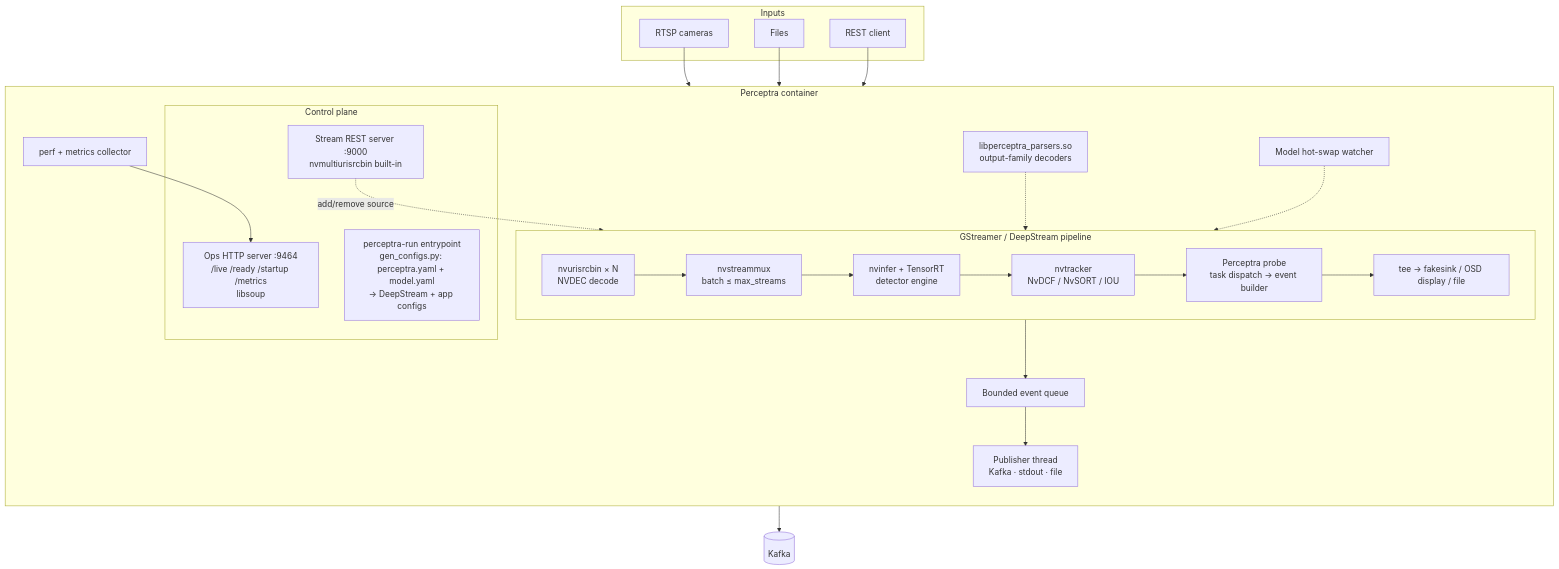
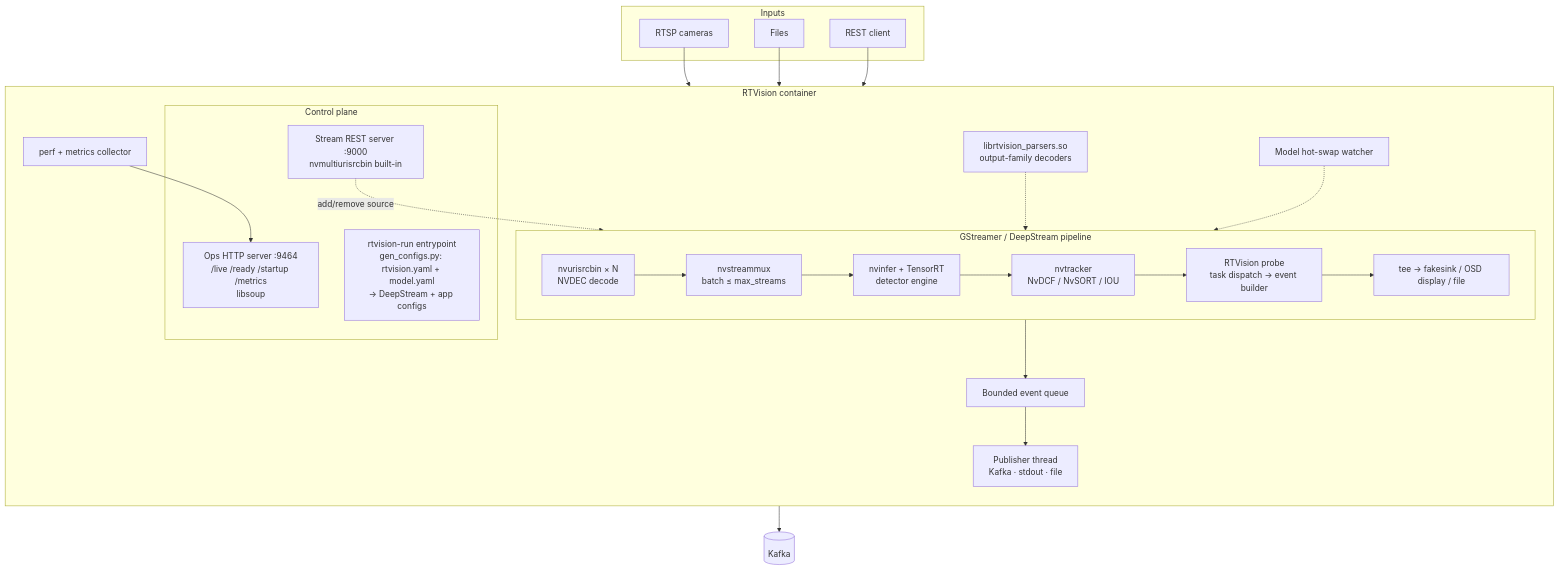
One commit to abhinand4as/rtvision changed the second of 4 diagrams in ARCHITECTURE.md. Above: the diagram before and after it, drawn with Mermaid. The commit also changed other lines of this file and 128 other files, not shown here.

First line of the commit message:
refactor!: rename the project from Perceptra to RTVision

````diff
--- a/ARCHITECTURE.md
+++ b/ARCHITECTURE.md
@@ -53,36 +53,36 @@
 ```mermaid
 flowchart TB
   subgraph IN[Inputs]
     RTSP[RTSP cameras]
     FILES[Files]
     REST_CLIENT[REST client]
   end
 
-  subgraph PC[Perceptra container]
+  subgraph PC[RTVision container]
     direction TB
     subgraph CTRL[Control plane]
       RESTSRV[Stream REST server :9000<br/>nvmultiurisrcbin built-in]
       OPS[Ops HTTP server :9464<br/>/live /ready /startup /metrics<br/>libsoup]
-      CFG[perceptra-run entrypoint<br/>gen_configs.py: perceptra.yaml + model.yaml<br/>→ DeepStream + app configs]
+      CFG[rtvision-run entrypoint<br/>gen_configs.py: rtvision.yaml + model.yaml<br/>→ DeepStream + app configs]
     end
     subgraph PIPE[GStreamer / DeepStream pipeline]
       direction LR
       SRC[nvurisrcbin × N<br/>NVDEC decode] --> MUX[nvstreammux<br/>batch ≤ max_streams]
       MUX --> PGIE[nvinfer + TensorRT<br/>detector engine]
       PGIE --> TRK[nvtracker<br/>NvDCF / NvSORT / IOU]
-      TRK --> PROBE[Perceptra probe<br/>task dispatch → event builder]
+      TRK --> PROBE[RTVision probe<br/>task dispatch → event builder]
       PROBE --> TEE[tee → fakesink / OSD display / file]
     end
-    PARSER[libperceptra_parsers.so<br/>output-family decoders] -.-> PGIE
+    PARSER[librtvision_parsers.so<br/>output-family decoders] -.-> PGIE
     PROBE --> Q[Bounded event queue]
     Q --> PUB[Publisher thread<br/>Kafka · stdout · file]
     PERF[perf + metrics collector] --> OPS
     OTA[Model hot-swap watcher] -.-> PGIE
   end
 
   RTSP --> SRC
   FILES --> SRC
   REST_CLIENT --> RESTSRV
   RESTSRV -. add/remove source .-> SRC
   PUB --> KAFKA[(Kafka)]
 ```
````
